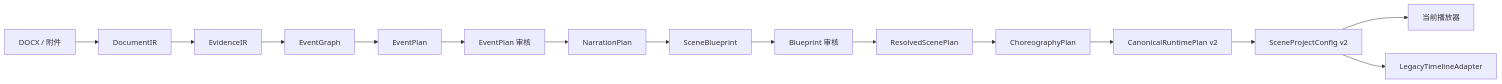
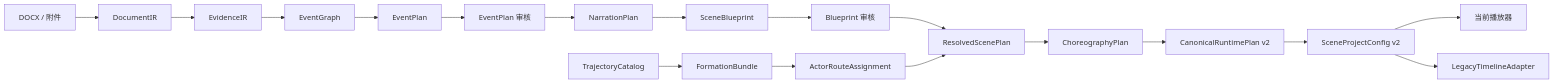
Before and after one commit to Tang-jinkun/ISE: the diagram in docs/superpowers/specs/2026-07-16-docx-subtitle-driven-scene-generation-design.md, drawn with Mermaid. The commit also changed other lines of this file, not shown here.

Commit message:
docs: prioritize registered trajectory catalog

````diff
--- a/docs/superpowers/specs/2026-07-16-docx-subtitle-driven-scene-generation-design.md
+++ b/docs/superpowers/specs/2026-07-16-docx-subtitle-driven-scene-generation-design.md
@@ -130,17 +136,20 @@
 ```mermaid
 flowchart LR
     D["DOCX / 附件"] --> DI["DocumentIR"]
     DI --> EI["EvidenceIR"]
     EI --> EG["EventGraph"]
     EG --> EP["EventPlan"]
     EP --> ER["EventPlan 审核"]
     ER --> NP["NarrationPlan"]
     NP --> SB["SceneBlueprint"]
     SB --> BR["Blueprint 审核"]
     BR --> RS["ResolvedScenePlan"]
+    TC["TrajectoryCatalog"] --> FB["FormationBundle"]
+    FB --> RA["ActorRouteAssignment"]
+    RA --> RS
     RS --> CP["ChoreographyPlan"]
     CP --> RP["CanonicalRuntimePlan v2"]
     RP --> SP["SceneProjectConfig v2"]
     SP --> P["当前播放器"]
     SP --> LA["LegacyTimelineAdapter"]
 ```
````
